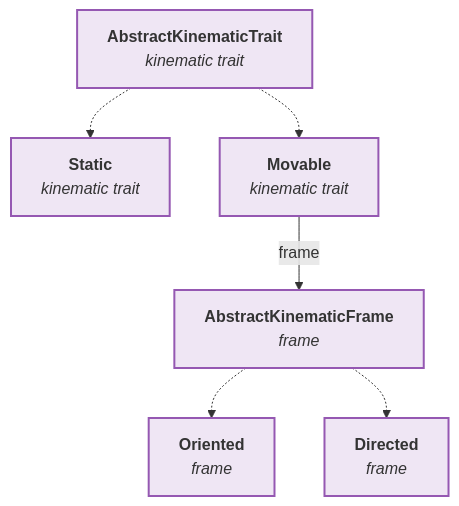
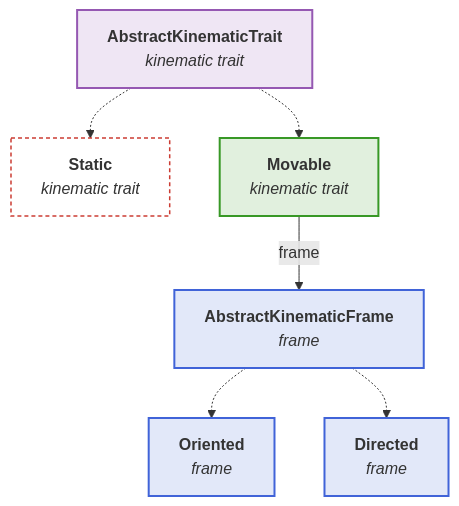
One commit to JuliaPhysics/BeamletOptics.jl changed the first of 2 diagrams in docs/src/api/kinematics_api.md. Above: the diagram before and after it, drawn with Mermaid. The commit also changed other lines of this file and 8 other files, not shown here.

First line of the commit message:
Docs: diagrams narrow and colored by group, rules in "Readable diagrams"

````diff
--- a/docs/src/api/kinematics_api.md
+++ b/docs/src/api/kinematics_api.md
@@ -9,18 +9,24 @@
 ```mermaid
 flowchart TB
     TR["<b>AbstractKinematicTrait</b><br/><i>kinematic trait</i>"]
     ST["<b>Static</b><br/><i>kinematic trait</i>"]
     MV["<b>Movable</b><br/><i>kinematic trait</i>"]
     FR["<b>AbstractKinematicFrame</b><br/><i>frame</i>"]
     OR["<b>Oriented</b><br/><i>frame</i>"]
     DI["<b>Directed</b><br/><i>frame</i>"]
 
     TR -.-> ST
     TR -.-> MV
     MV -- frame --> FR
     FR -.-> OR
     FR -.-> DI
 
+    classDef blue fill:#4063D826,stroke:#4063D8,stroke-width:2px
+    classDef green fill:#38982626,stroke:#389826,stroke-width:2px
     classDef purple fill:#9558B226,stroke:#9558B2,stroke-width:2px
-    class TR,ST,MV,FR,OR,DI purple
+    classDef terminal fill:transparent,stroke:#CB3C33,stroke-width:1.5px,stroke-dasharray:4 3
+    class TR purple
+    class MV green
+    class FR,OR,DI blue
+    class ST terminal
 ```
````
